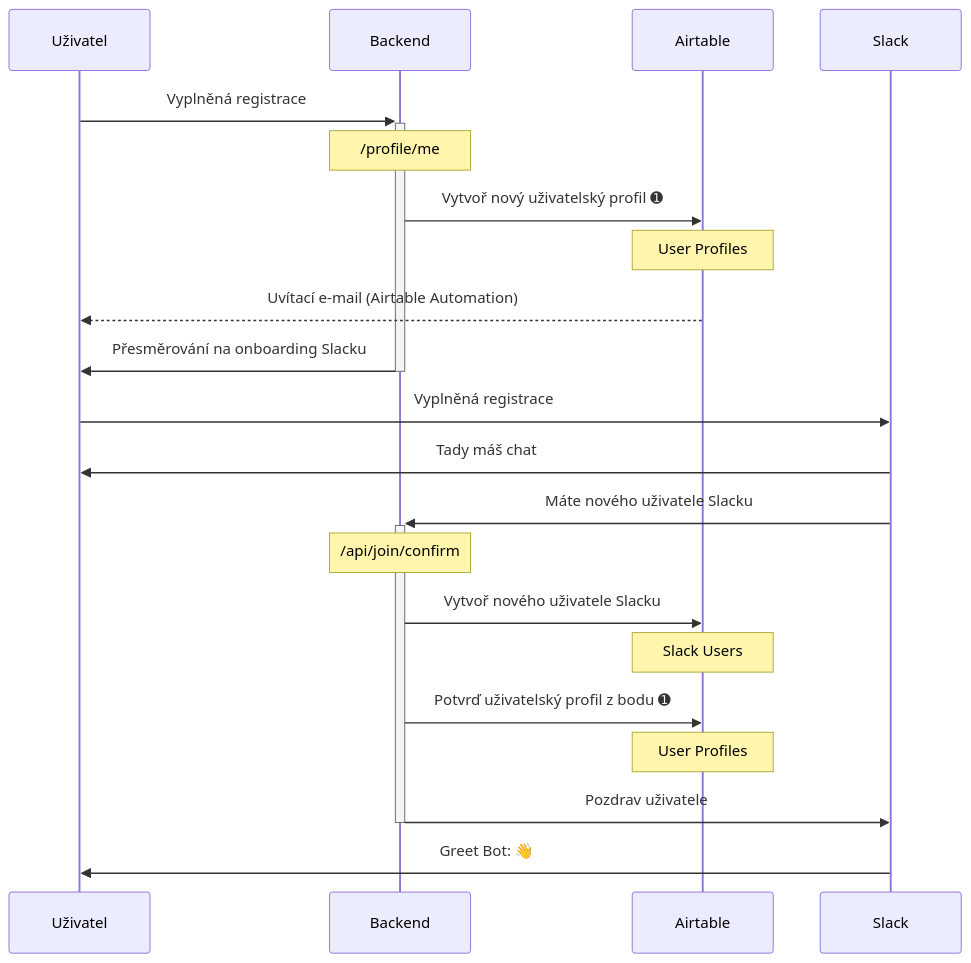
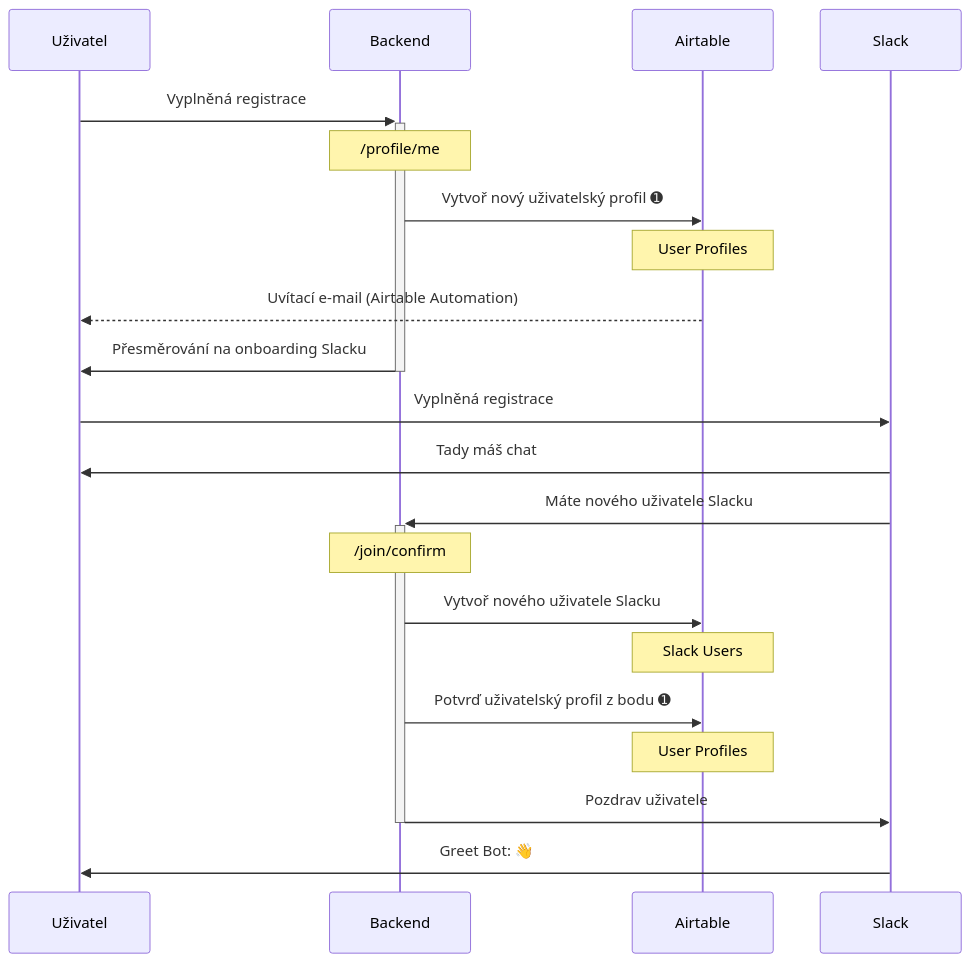
Before and after one commit to cesko-digital/app: the diagram in docs/contributing.md, drawn with Mermaid. The commit also changed other lines of this file, not shown here.

````diff
--- a/docs/contributing.md
+++ b/docs/contributing.md
@@ -71,23 +71,23 @@
 ```mermaid
 sequenceDiagram
     participant Uživatel
     participant Backend
     participant Airtable
     participant Slack
     Uživatel->>+Backend: Vyplněná registrace
     Note over Backend: /profile/me
     Backend->>Airtable: Vytvoř nový uživatelský profil ➊
     Note over Airtable: User Profiles
     Airtable-->>Uživatel: Uvítací e-mail (Airtable Automation)
     Backend->>-Uživatel: Přesměrování na onboarding Slacku
     Uživatel->>Slack: Vyplněná registrace
     Slack->>Uživatel: Tady máš chat
     Slack->>+Backend: Máte nového uživatele Slacku
-    Note over Backend: /api/join/confirm
+    Note over Backend: /join/confirm
     Backend->>Airtable: Vytvoř nového uživatele Slacku
     Note over Airtable: Slack Users
     Backend->>Airtable: Potvrď uživatelský profil z bodu ➊
     Note over Airtable: User Profiles
     Backend->>-Slack: Pozdrav uživatele
     Slack->>Uživatel: Greet Bot: 👋
 ```
````
